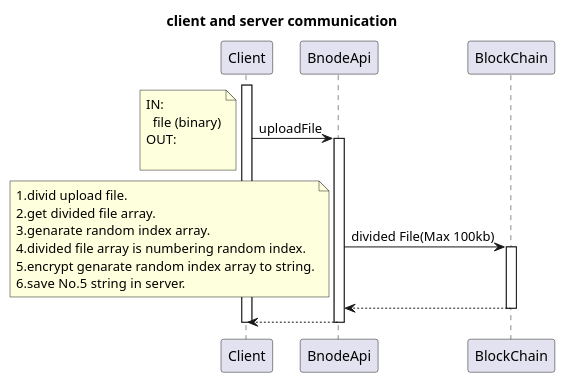
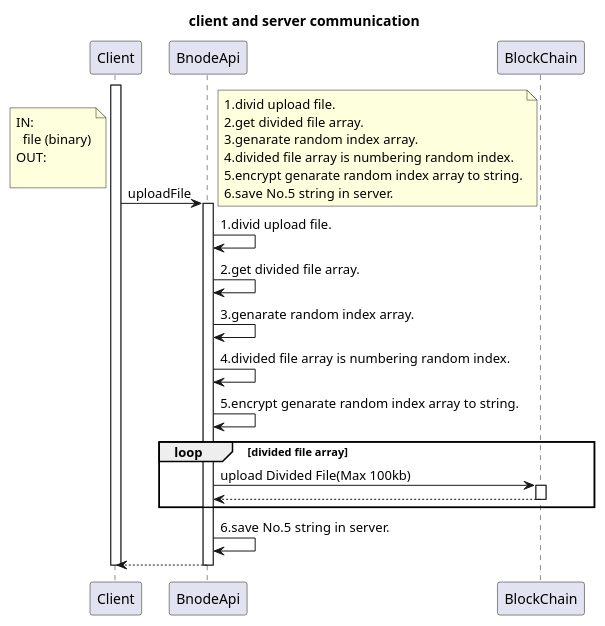
The diagram in spec/spec.pu (infinith4/bnode_doc), drawn with PlantUML before and after one commit.

```diff
--- a/spec/spec.pu
+++ b/spec/spec.pu
@@ -1,42 +1,53 @@
 @startuml
 title client and server communication
 
 activate Client
 Client -> BnodeApi : uploadFile
 
 note left
 IN:
   file (binary)
 OUT:
   
 end note
 
 activate BnodeApi
 
-BnodeApi -> BlockChain : divided File(Max 100kb)
-' BnodeApi -> BnodeApi : do No.6
-
-note left
+note right
 1.divid upload file.
 2.get divided file array.
 3.genarate random index array.
 4.divided file array is numbering random index.
 5.encrypt genarate random index array to string.
 6.save No.5 string in server.
 end note
 
-activate BlockChain
 
-return
+BnodeApi -> BnodeApi : 1.divid upload file.
+BnodeApi -> BnodeApi : 2.get divided file array.
+BnodeApi -> BnodeApi : 3.genarate random index array.
+BnodeApi -> BnodeApi : 4.divided file array is numbering random index.
+BnodeApi -> BnodeApi : 5.encrypt genarate random index array to string.
+
+loop divided file array
+    BnodeApi -> BlockChain : upload Divided File(Max 100kb)
+    ' BnodeApi -> BnodeApi : do No.6
+    activate BlockChain
+
+    return
+end
+
+BnodeApi -> BnodeApi : 6.save No.5 string in server.
+
 
 return
 
 deactivate BlockChain
 deactivate BnodeApi
 
 
 deactivate Client
 
 
 
 @enduml
```
